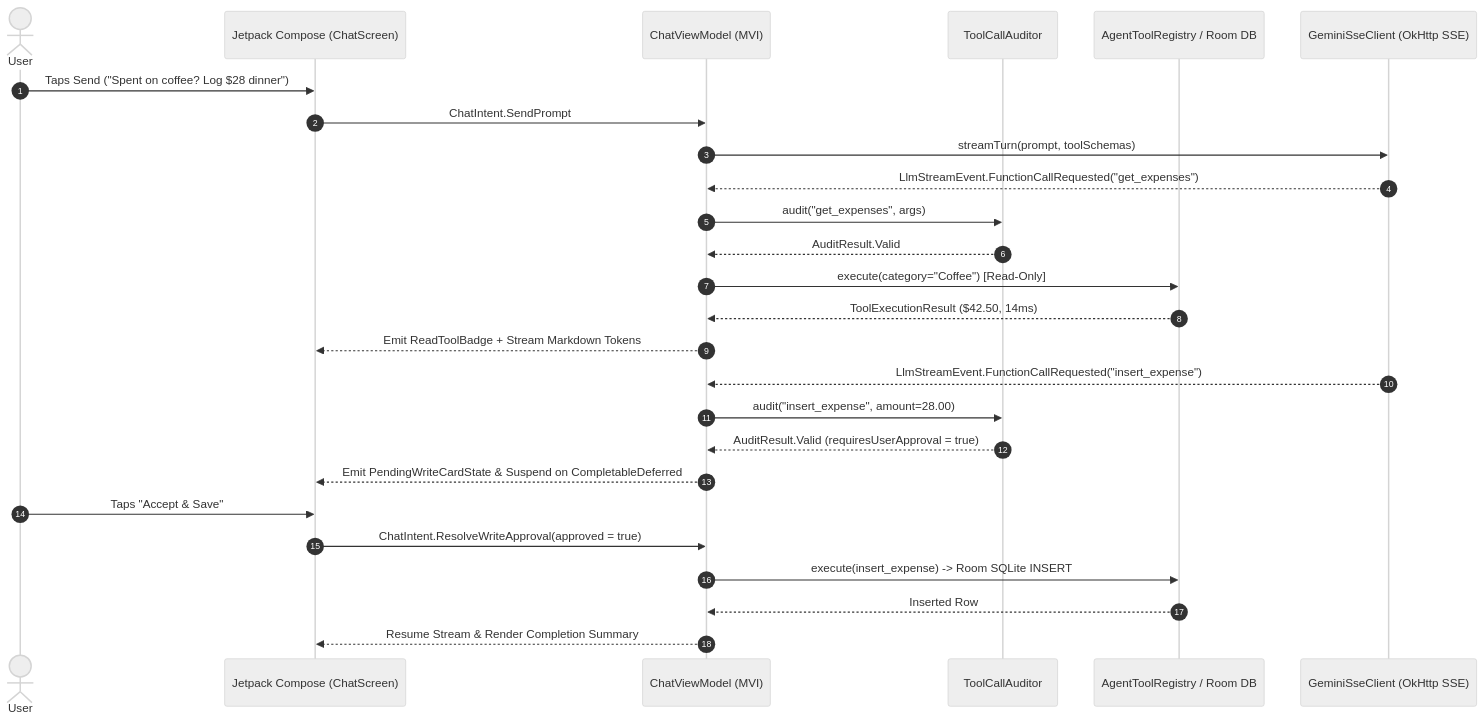
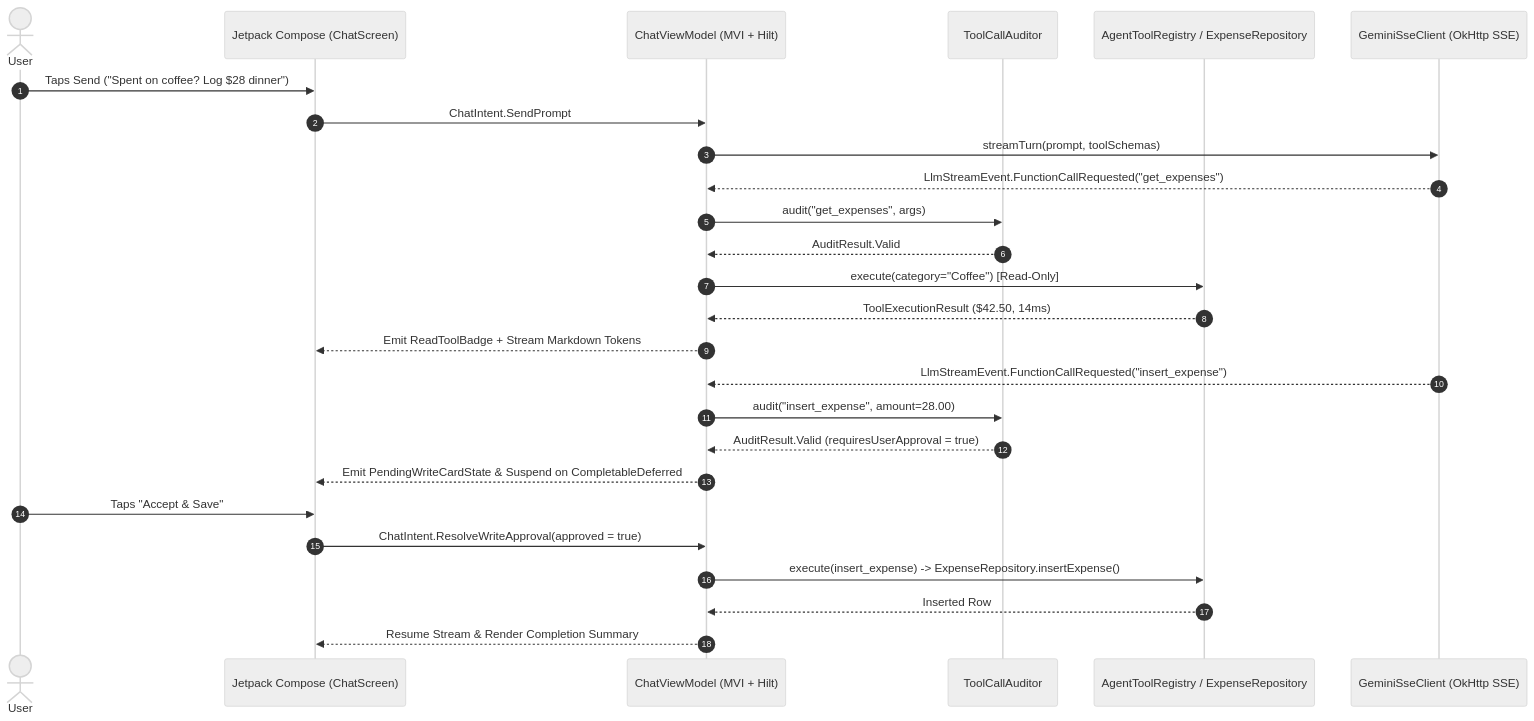
Before and after one commit to bkmetcodes-ctrl/PocketAgent: the diagram in README.md, drawn with Mermaid (neutral theme). The commit also changed other lines of this file and 17 other files, not shown here.

````diff
--- a/README.md
+++ b/README.md
@@ -36,29 +41,29 @@
 ```mermaid
 sequenceDiagram
     autonumber
     actor User
     participant UI as Jetpack Compose (ChatScreen)
-    participant VM as ChatViewModel (MVI)
+    participant VM as ChatViewModel (MVI + Hilt)
     participant Audit as ToolCallAuditor
-    participant Tool as AgentToolRegistry / Room DB
+    participant Tool as AgentToolRegistry / ExpenseRepository
     participant LLM as GeminiSseClient (OkHttp SSE)
 
     User->>UI: Taps Send ("Spent on coffee? Log $28 dinner")
     UI->>VM: ChatIntent.SendPrompt
     VM->>LLM: streamTurn(prompt, toolSchemas)
     LLM-->>VM: LlmStreamEvent.FunctionCallRequested("get_expenses")
     VM->>Audit: audit("get_expenses", args)
     Audit-->>VM: AuditResult.Valid
     VM->>Tool: execute(category="Coffee") [Read-Only]
     Tool-->>VM: ToolExecutionResult ($42.50, 14ms)
     VM-->>UI: Emit ReadToolBadge + Stream Markdown Tokens
     LLM-->>VM: LlmStreamEvent.FunctionCallRequested("insert_expense")
     VM->>Audit: audit("insert_expense", amount=28.00)
     Audit-->>VM: AuditResult.Valid (requiresUserApproval = true)
     VM-->>UI: Emit PendingWriteCardState & Suspend on CompletableDeferred
     User->>UI: Taps "Accept & Save"
     UI->>VM: ChatIntent.ResolveWriteApproval(approved = true)
-    VM->>Tool: execute(insert_expense) -> Room SQLite INSERT
+    VM->>Tool: execute(insert_expense) -> ExpenseRepository.insertExpense()
     Tool-->>VM: Inserted Row #ID-12
     VM-->>UI: Resume Stream & Render Completion Summary
 ```
````
